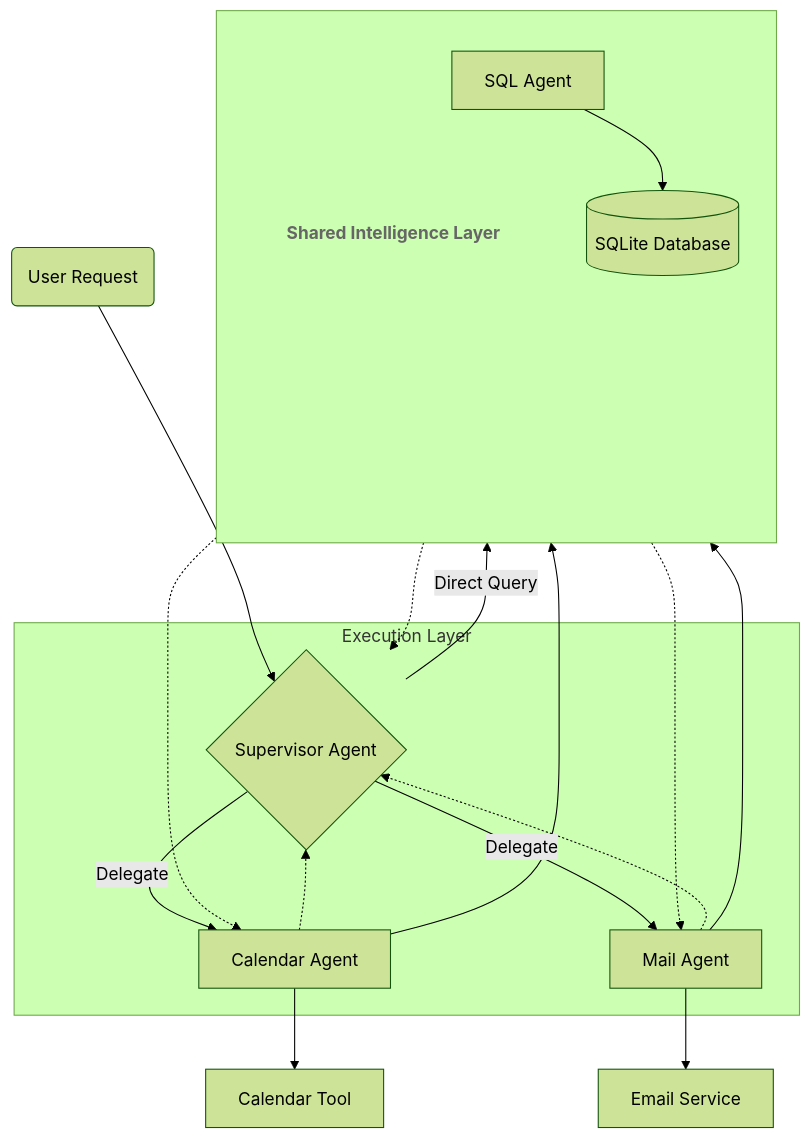
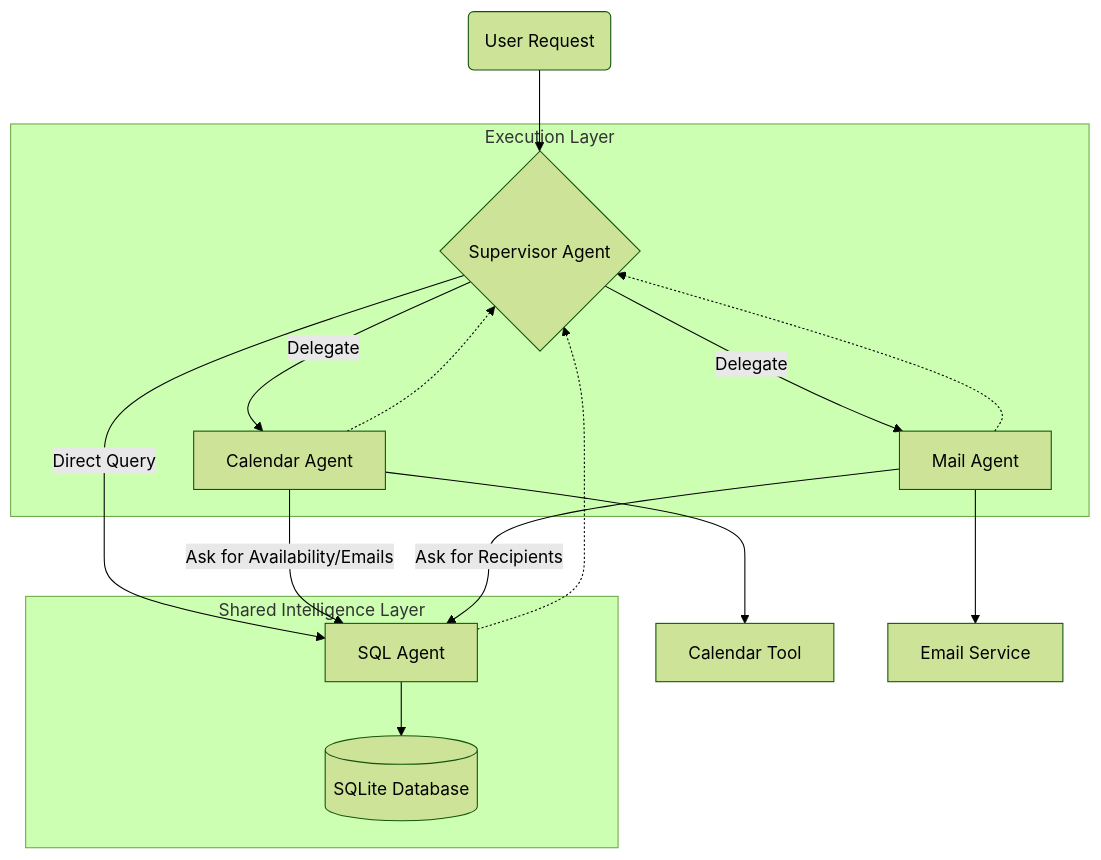
The diagram in README.md (danielecelsa/mail-calendar-assistant), drawn with Mermaid (forest theme) before and after one commit.

Commit message:
Readme graph

````diff
--- a/README.md
+++ b/README.md
@@ -45,53 +45,31 @@
 ```mermaid
 graph TD
     User(User Request) --> Supervisor{Supervisor Agent}
     
     subgraph "Execution Layer"
         Supervisor -- "Delegate" --> Cal[Calendar Agent]
         Supervisor -- "Delegate" --> Mail[Mail Agent]
     end
     
-    %% 1. Use a blank title [" "] to clear the top space
-    subgraph SIL [" "]
-        direction TB
-        
-        %% 2. The Core Boxes
+    subgraph "Shared Intelligence Layer"
         SQL[SQL Agent]
         DB[(SQLite Database)]
         SQL --> DB
-        
-        %% 3. The Footer Row (L=Label, C=Center, R=Right Spacer)
-        %% This creates a wide base that prevents the "Side-by-Side" flip
-        L["Shared Intelligence Layer"] ~~~ C[ ] ~~~ R[ ]
-        
-        %% 4. Keep things centered and pushed to the bottom
-        DB ~~~ C
-        SQL ~~~ L
     end
     
-    %% 5. The "Vertical Lock"
-    %% Linking the side-workers to the SQL agent helps keep the vertical flow
-    Cal --> SQL
-    Mail --> SQL
-
     %% The Supervisor can call SQL directly
     Supervisor -- "Direct Query" --> SQL
     
-    %% Tool Connections
+    %% The CRITICAL part: Workers calling the SQL Agent
+    Cal -- "Ask for Availability/Emails" --> SQL
+    Mail -- "Ask for Recipients" --> SQL
+    
+    %% Tools
     Cal --> GCal[Calendar Tool]
     Mail --> SMTP[Email Service]
     
     %% Returns
     Cal -.-> Supervisor
     Mail -.-> Supervisor
     SQL -.-> Supervisor
-    SQL -.-> Cal
-    SQL -.-> Mail
-
-    %% STYLING
-    classDef labelStyle fill:none,stroke:none,color:#666,font-weight:bold,font-size:16px;
-    classDef invisible fill:none,stroke:none,color:#0000,font-size:0px;
-    
-    class L labelStyle;
-    class C,R invisible;
 ```
````
